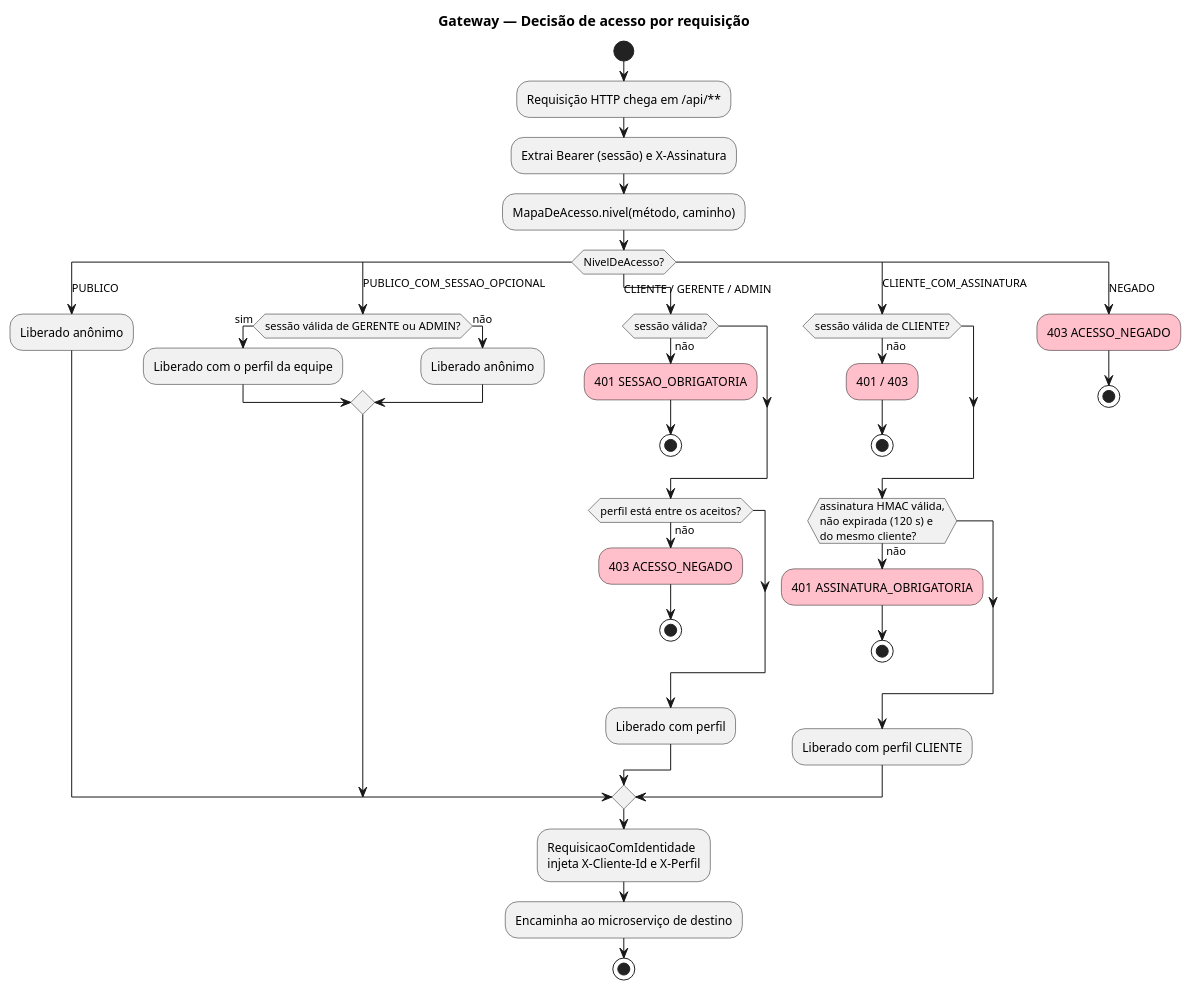
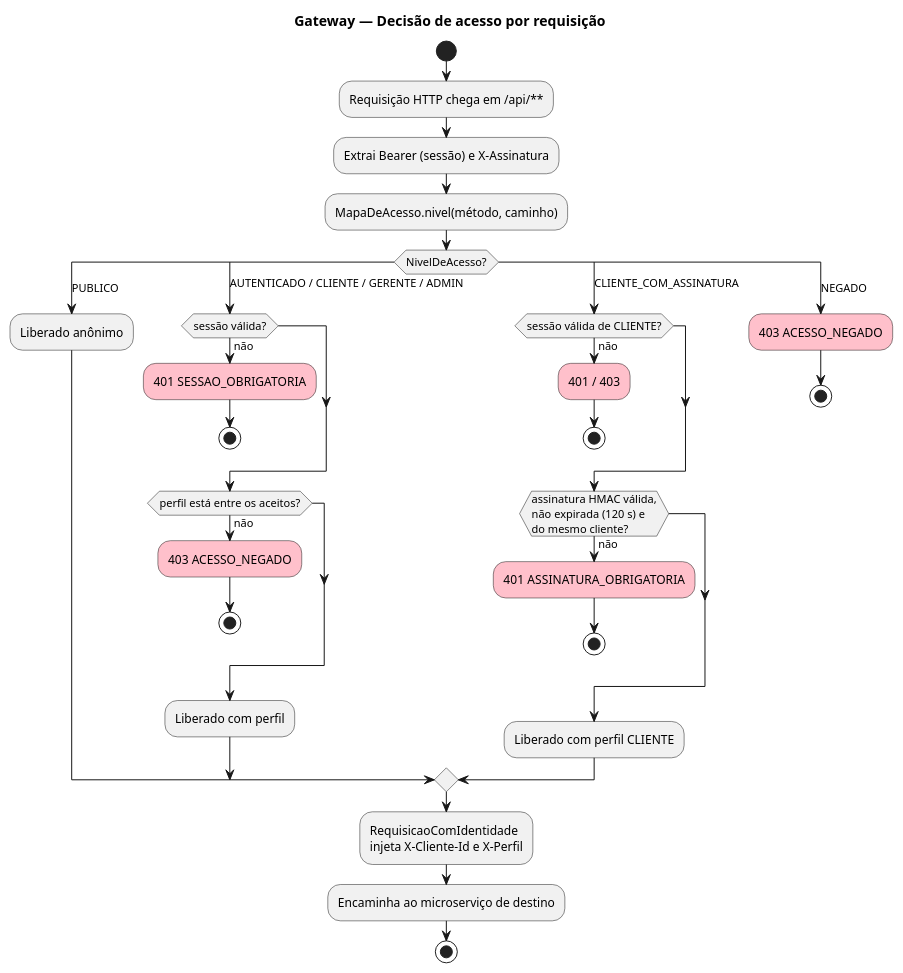
The diagram in docs/plantuml/05-atividade-gateway.puml (Endrigogustavo/OrbitaPay), drawn with PlantUML before and after one commit. The commit also changed 53 other files, not shown here.

```diff
--- a/docs/plantuml/05-atividade-gateway.puml
+++ b/docs/plantuml/05-atividade-gateway.puml
@@ -1,49 +1,43 @@
 @startuml 05-atividade-gateway
 title Gateway — Decisão de acesso por requisição
 
 skinparam shadowing false
 skinparam defaultFontName "Segoe UI"
 
 start
 :Requisição HTTP chega em /api/**;
 :Extrai Bearer (sessão) e X-Assinatura;
 :MapaDeAcesso.nivel(método, caminho);
 
 switch (NivelDeAcesso?)
 case (PUBLICO)
   :Liberado anônimo;
-case (PUBLICO_COM_SESSAO_OPCIONAL)
-  if (sessão válida de GERENTE ou ADMIN?) then (sim)
-    :Liberado com o perfil da equipe;
-  else (não)
-    :Liberado anônimo;
-  endif
-case (CLIENTE / GERENTE / ADMIN)
+case (AUTENTICADO / CLIENTE / GERENTE / ADMIN)
   if (sessão válida?) then (não)
     #pink:401 SESSAO_OBRIGATORIA;
     stop
   endif
   if (perfil está entre os aceitos?) then (não)
     #pink:403 ACESSO_NEGADO;
     stop
   endif
   :Liberado com perfil;
 case (CLIENTE_COM_ASSINATURA)
   if (sessão válida de CLIENTE?) then (não)
     #pink:401 / 403;
     stop
   endif
   if (assinatura HMAC válida,\nnão expirada (120 s) e\ndo mesmo cliente?) then (não)
     #pink:401 ASSINATURA_OBRIGATORIA;
     stop
   endif
   :Liberado com perfil CLIENTE;
 case (NEGADO)
   #pink:403 ACESSO_NEGADO;
   stop
 endswitch
 
 :RequisicaoComIdentidade\ninjeta X-Cliente-Id e X-Perfil;
 :Encaminha ao microserviço de destino;
 stop
 @enduml
```
